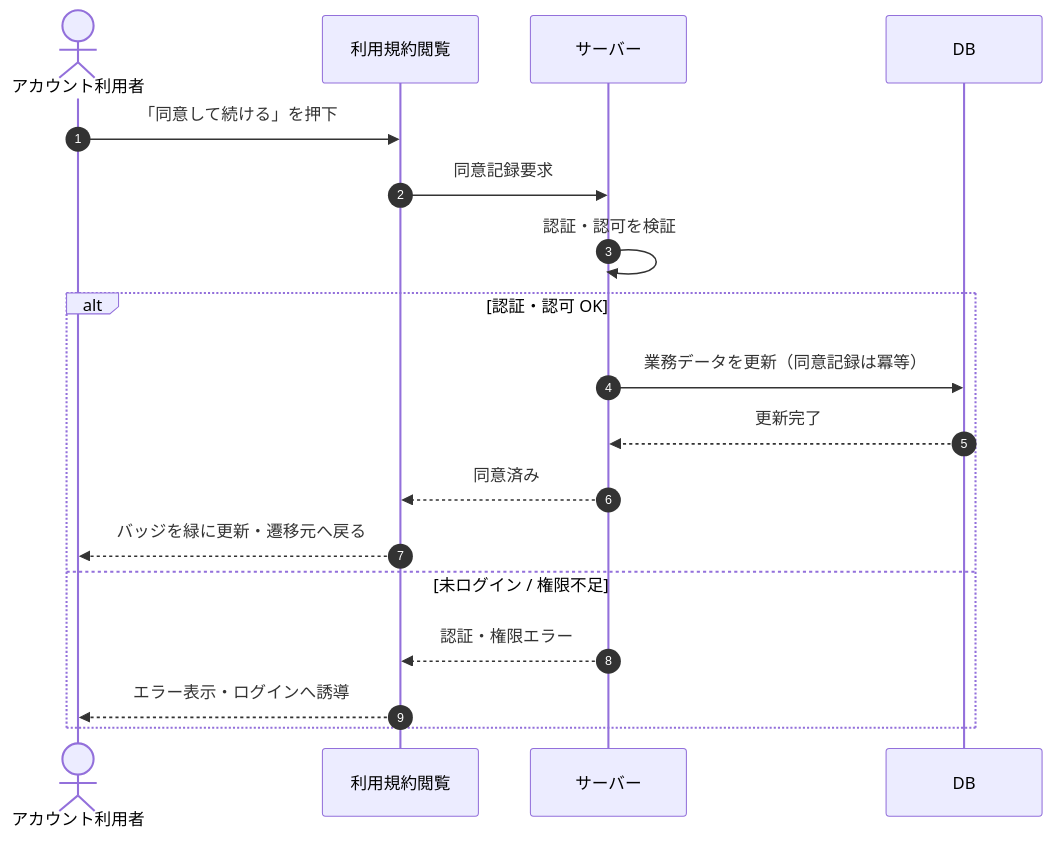
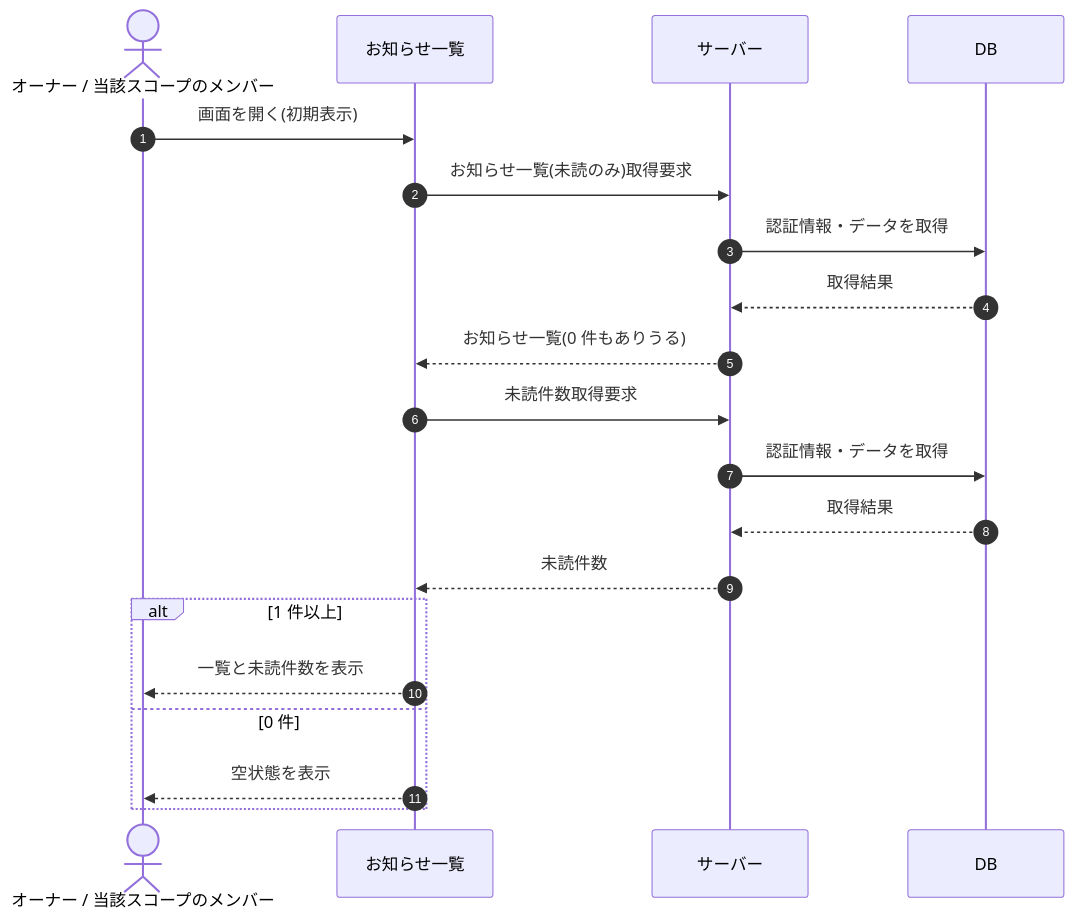
Before and after one commit to sikakou54/open-faq: the diagram in 02_basic_design/03_sequences/SEQ-053.md, drawn with Mermaid. The commit also changed other lines of this file and 395 other files, not shown here.

````diff
--- a/02_basic_design/03_sequences/SEQ-053.md
+++ b/02_basic_design/03_sequences/SEQ-053.md
@@ -25,20 +25,22 @@
 ```mermaid
 sequenceDiagram
   autonumber
-  actor U as アカウント利用者
-  participant Screen as 利用規約閲覧
+  actor U as オーナー / 当該スコープのメンバー
+  participant Screen as お知らせ一覧
   participant Server as サーバー
   participant DB as DB
-  U->>Screen: 「同意して続ける」を押下
-  Screen->>Server: 同意記録要求
-  Server->>Server: 認証・認可を検証
-  alt 認証・認可 OK
-    Server->>DB: 業務データを更新（同意記録は冪等）
-    DB-->>Server: 更新完了
-    Server-->>Screen: 同意済み
-    Screen-->>U: バッジを緑に更新・遷移元へ戻る
-  else 未ログイン / 権限不足
-    Server-->>Screen: 認証・権限エラー
-    Screen-->>U: エラー表示・ログインへ誘導
+  U->>Screen: 画面を開く(初期表示)
+  Screen->>Server: お知らせ一覧(未読のみ)取得要求
+  Server->>DB: 認証情報・データを取得
+  DB-->>Server: 取得結果
+  Server-->>Screen: お知らせ一覧(0 件もありうる)
+  Screen->>Server: 未読件数取得要求
+  Server->>DB: 認証情報・データを取得
+  DB-->>Server: 取得結果
+  Server-->>Screen: 未読件数
+  alt 1 件以上
+    Screen-->>U: 一覧と未読件数を表示
+  else 0 件
+    Screen-->>U: 空状態を表示
   end
 ```
````
